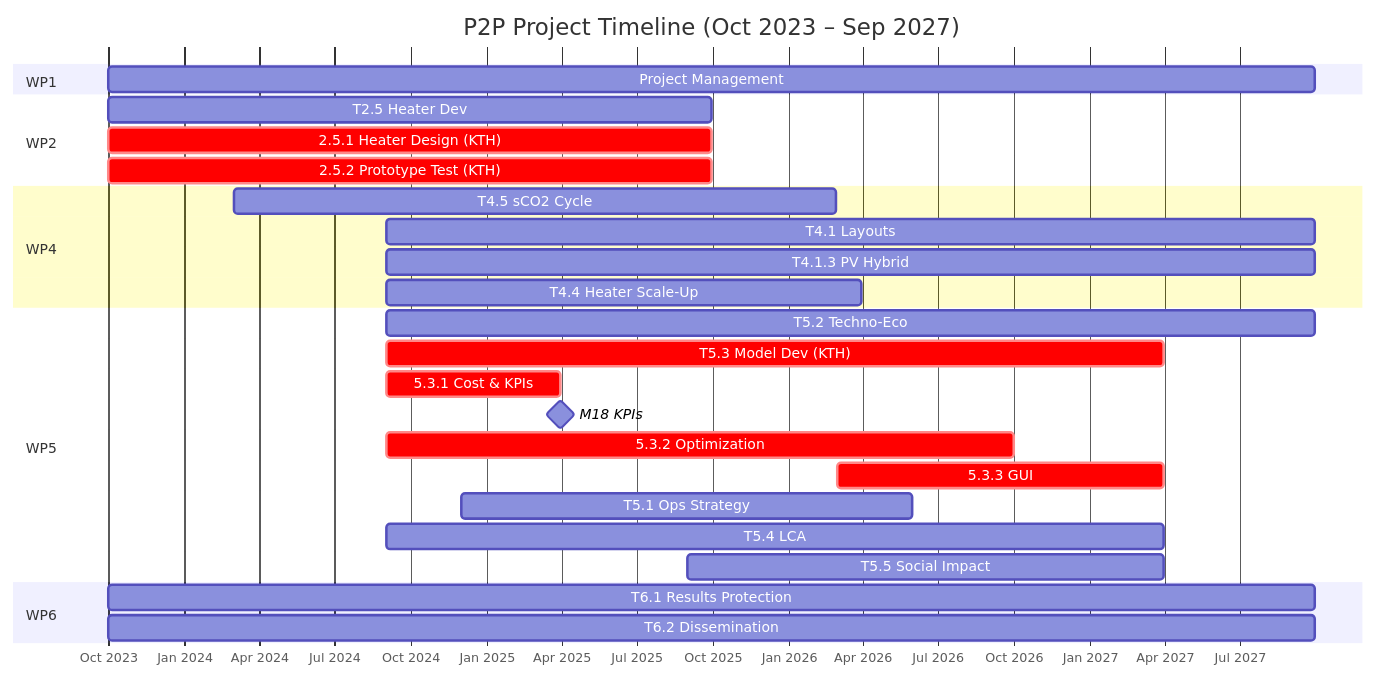
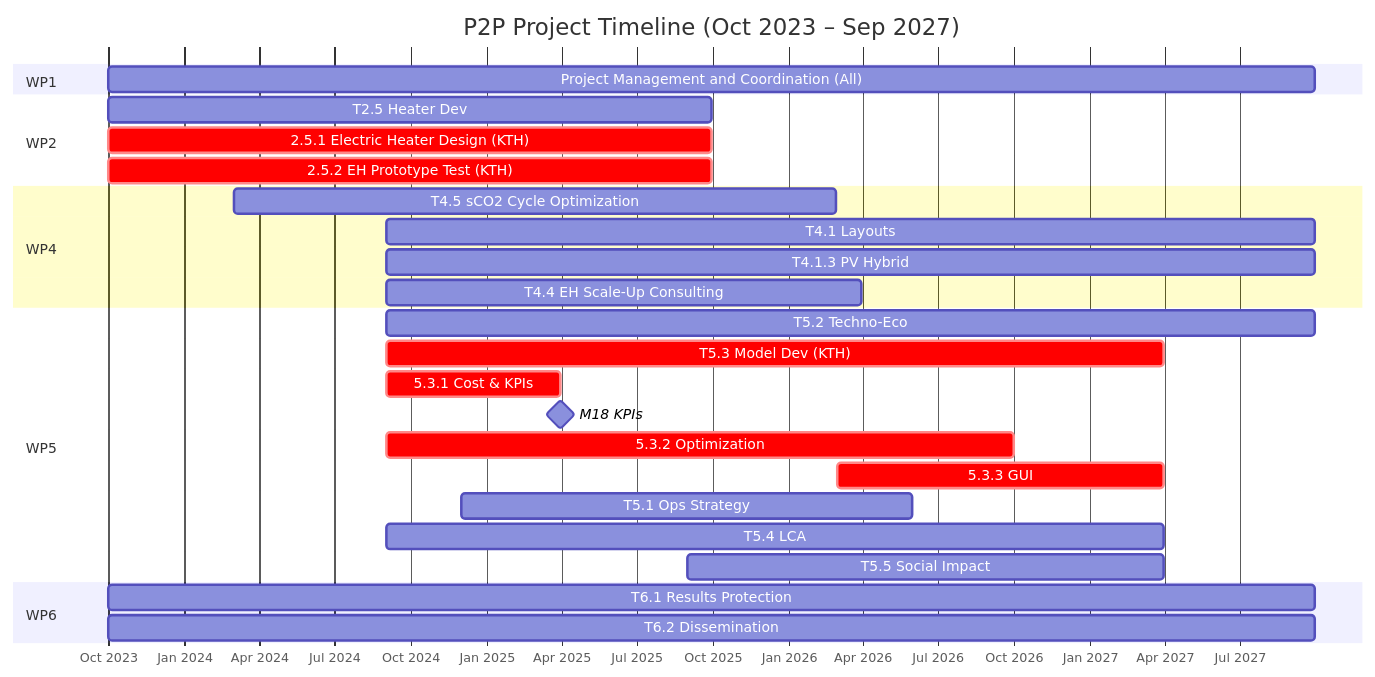
Before and after one commit to sarabjorkegren/Diverse: the second of 2 diagrams in README.md, drawn with Mermaid.

````diff
--- a/README.md
+++ b/README.md
@@ -43,36 +43,36 @@
 ```mermaid
 gantt
     title P2P Project Timeline (Oct 2023 – Sep 2027)
     dateFormat  YYYY-MM-DD
     axisFormat  %b %Y
 
     section WP1
-    Project Management : 2023-10-01, 2027-09-30
+    Project Management and Coordination (All) : 2023-10-01, 2027-09-30
 
     section WP2
     T2.5 Heater Dev : 2023-10-01, 2025-09-30
-    2.5.1 Heater Design (KTH) :crit, 2023-10-01, 2025-09-30
-    2.5.2 Prototype Test (KTH) :crit, 2023-10-01, 2025-09-30
+    2.5.1 Electric Heater Design (KTH) :crit, 2023-10-01, 2025-09-30
+    2.5.2 EH Prototype Test (KTH) :crit, 2023-10-01, 2025-09-30
 
     section WP4
-    T4.5 sCO2 Cycle : 2024-03-01, 2026-02-28
+    T4.5 sCO2 Cycle Optimization: 2024-03-01, 2026-02-28
     T4.1 Layouts : 2024-09-01, 2027-09-30
     T4.1.3 PV Hybrid : 2024-09-01, 2027-09-30
-    T4.4 Heater Scale-Up : 2024-09-01, 2026-03-31
+    T4.4 EH Scale-Up Consulting : 2024-09-01, 2026-03-31
 
     section WP5
     T5.2 Techno-Eco : 2024-09-01, 2027-09-30
     T5.3 Model Dev (KTH) :crit, 2024-09-01, 2027-03-31
     5.3.1 Cost & KPIs :crit, 2024-09-01, 2025-03-31
     M18 KPIs :milestone, 2025-03-31, 0d
     5.3.2 Optimization :crit, 2024-09-01, 2026-09-30
     5.3.3 GUI :crit, 2026-03-01, 2027-03-31
     T5.1 Ops Strategy : 2024-12-01, 2026-05-31
     T5.4 LCA : 2024-09-01, 2027-03-31
     T5.5 Social Impact : 2025-09-01, 2027-03-31
 
     section WP6
     T6.1 Results Protection : 2023-10-01, 2027-09-30
     T6.2 Dissemination : 2023-10-01, 2027-09-30
 
 ```
````
